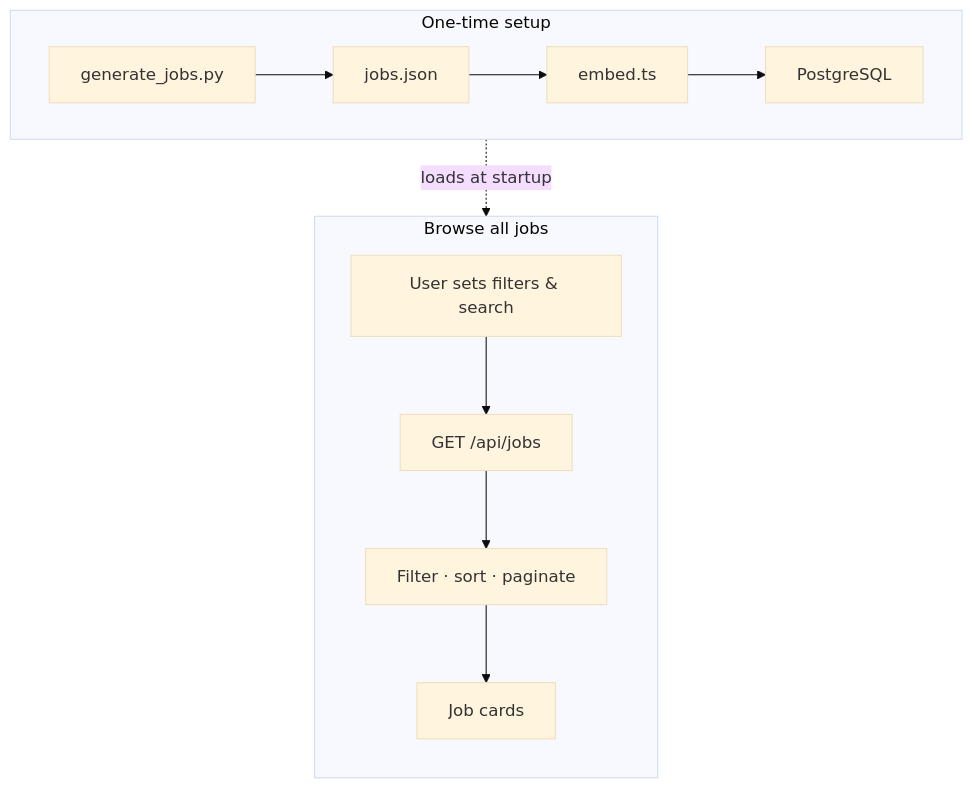
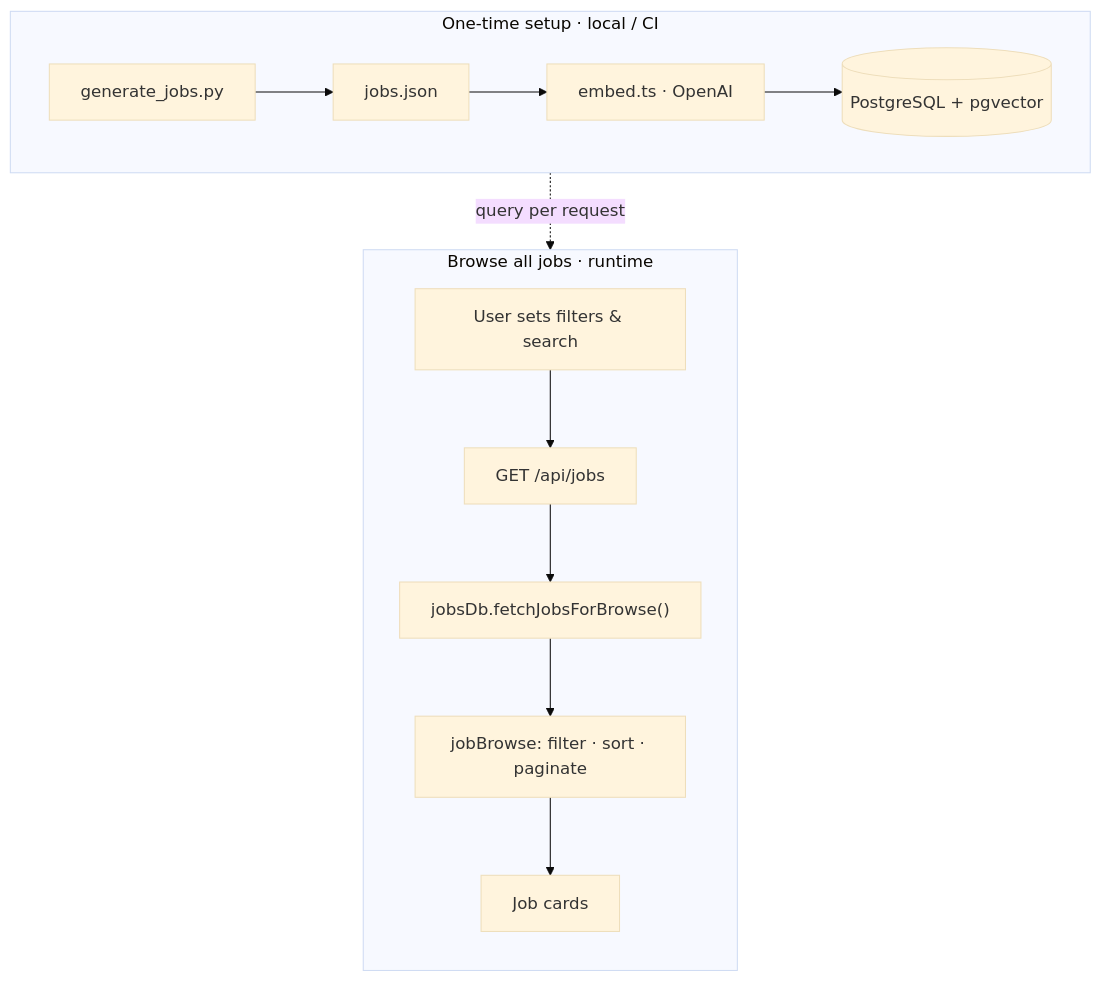
The first of 2 diagrams in README.md (MeenakshiMadhu/scoutAI), drawn with Mermaid (base theme) before and after one commit. The commit also changed other lines of this file and 9 other files, not shown here.

Commit message:
chore: update README and architecture diagrams; remove outdated files and add new architecture diagram

````diff
--- a/README.md
+++ b/README.md
@@ -113,18 +52,19 @@
 ```mermaid
 flowchart TB
-  subgraph SETUP["One-time setup"]
+  subgraph SETUP["One-time setup · local / CI"]
     direction LR
-    S1["generate_jobs.py"] --> S2["jobs.json"] --> S3["embed.ts"] --> S4["PostgreSQL"]
+    S1["generate_jobs.py"] --> S2["jobs.json"] --> S3["embed.ts · OpenAI"] --> S4[("PostgreSQL + pgvector")]
   end
 
-  subgraph BROWSE["Browse all jobs"]
+  subgraph BROWSE["Browse all jobs · runtime"]
     direction TB
     U1["User sets filters & search"]
     U2["GET /api/jobs"]
-    U3["Filter · sort · paginate"]
-    U4["Job cards"]
-    U1 --> U2 --> U3 --> U4
+    U3["jobsDb.fetchJobsForBrowse()"]
+    U4["jobBrowse: filter · sort · paginate"]
+    U5["Job cards"]
+    U1 --> U2 --> U3 --> U4 --> U5
   end
 
-  S4 -.->|loads at startup| U2
+  S4 -.->|query per request| U3
 ```
````
